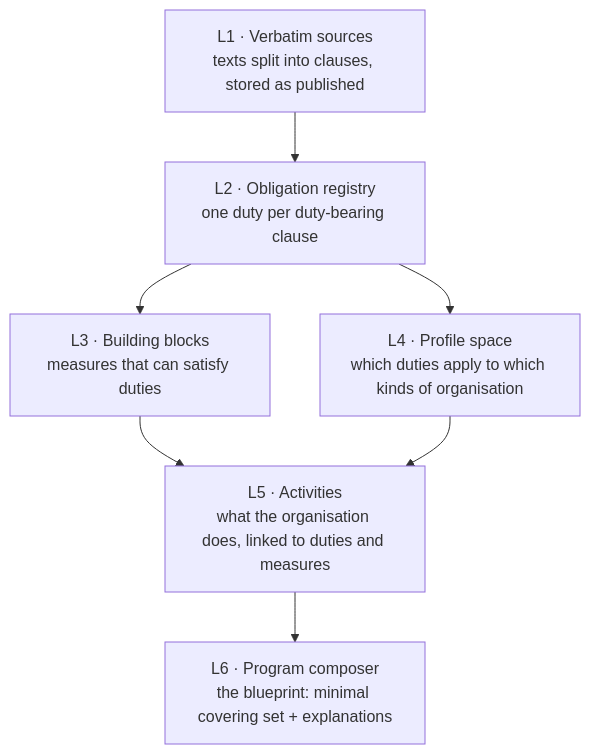
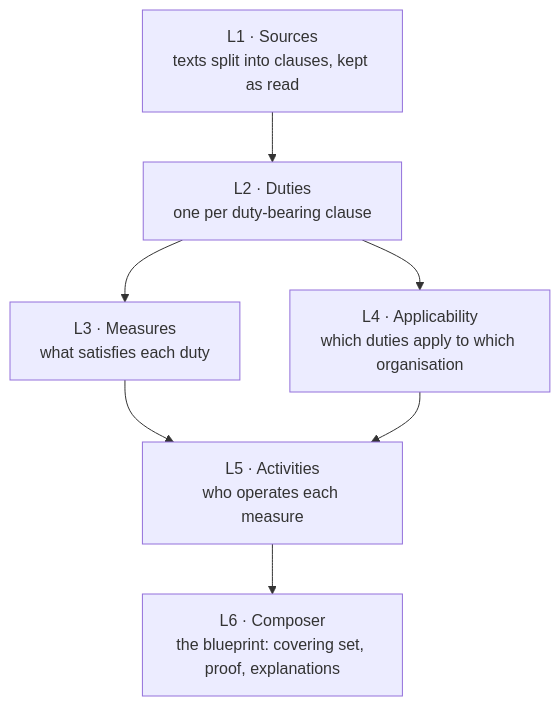
One commit to Reg42-ai/clhear changed the diagram in docs/how-it-works.md. Above: the diagram before and after it, drawn with Mermaid. The commit also changed other lines of this file and 17 other files, not shown here.

````diff
--- a/docs/how-it-works.md
+++ b/docs/how-it-works.md
@@ -13,14 +13,14 @@
 ```mermaid
 flowchart TB
-    L1["L1 · Verbatim sources<br/>texts split into clauses, stored as published"]
-    L2["L2 · Obligation registry<br/>one duty per duty-bearing clause"]
-    L3["L3 · Building blocks<br/>measures that can satisfy duties"]
-    L4["L4 · Profile space<br/>which duties apply to which kinds of organisation"]
-    L5["L5 · Activities<br/>what the organisation does, linked to duties and measures"]
-    L6["L6 · Program composer<br/>the blueprint: minimal covering set + explanations"]
+    L1["L1 · Sources<br/>texts split into clauses, kept as read"]
+    L2["L2 · Duties<br/>one per duty-bearing clause"]
+    L3["L3 · Measures<br/>what satisfies each duty"]
+    L4["L4 · Applicability<br/>which duties apply to which organisation"]
+    L5["L5 · Activities<br/>who operates each measure"]
+    L6["L6 · Composer<br/>the blueprint: covering set, proof, explanations"]
     L1 --> L2 --> L3
     L2 --> L4
     L3 --> L5
     L4 --> L5
     L5 --> L6
 ```
````
